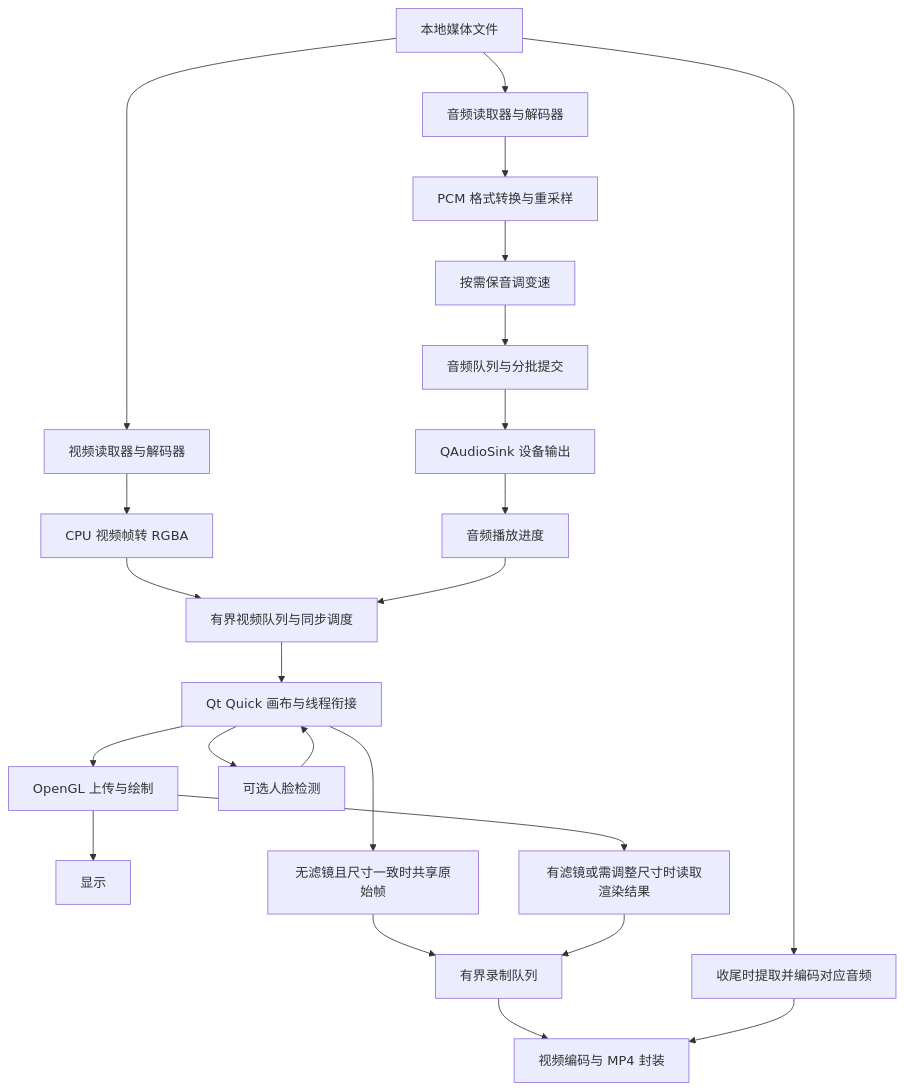
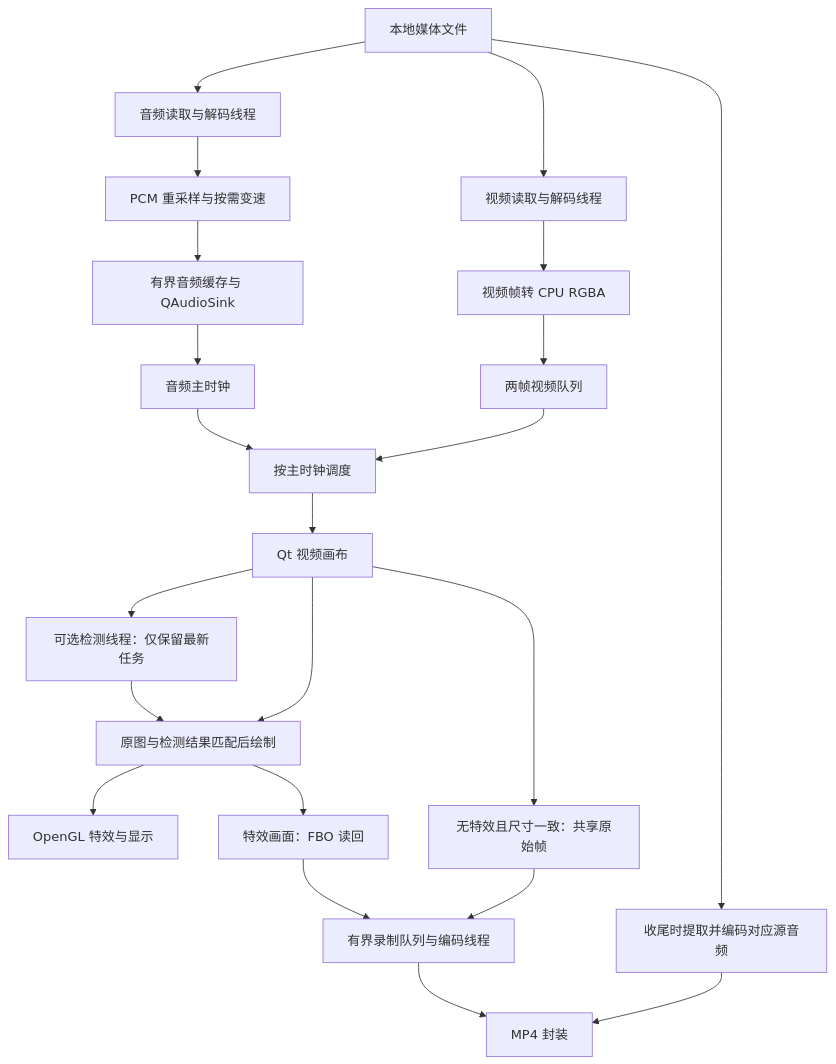
The diagram in README.md (Mikiya777/AiPlayer), drawn with Mermaid before and after one commit. The commit also changed other lines of this file, not shown here.

Commit message:
docs: reorganize README around features, architecture and measured results

````diff
--- a/README.md
+++ b/README.md
@@ -27,25 +26,24 @@
 ```mermaid
 flowchart TD
-    Source[本地媒体文件] --> AudioReader[音频读取器与解码器]
-    Source --> VideoReader[视频读取器与解码器]
-    AudioReader --> AudioPipeline[PCM 格式转换与重采样]
-    AudioPipeline --> Tempo[按需保音调变速]
-    Tempo --> AudioRenderer[音频队列与分批提交]
-    AudioRenderer --> Sink[QAudioSink 设备输出]
-    Sink --> Clock[音频播放进度]
-    VideoReader --> VideoPipeline[CPU 视频帧转 RGBA]
-    VideoPipeline --> Sync[有界视频队列与同步调度]
+    Source[本地媒体文件] --> AR[音频读取与解码线程]
+    Source --> VR[视频读取与解码线程]
+    AR --> PCM[PCM 重采样与按需变速]
+    PCM --> Audio[有界音频缓存与 QAudioSink]
+    Audio --> Clock[音频主时钟]
+    VR --> RGBA[视频帧转 CPU RGBA]
+    RGBA --> Queue[两帧视频队列]
+    Queue --> Sync[按主时钟调度]
     Clock --> Sync
-    Sync --> VideoItem[Qt Quick 画布与线程衔接]
-    VideoItem --> Renderer[OpenGL 上传与绘制]
-    Renderer --> Screen[显示]
-    VideoItem --> Detection[可选人脸检测]
-    Detection --> VideoItem
-    VideoItem --> RawCapture[无滤镜且尺寸一致时共享原始帧]
-    Renderer --> EffectCapture[有滤镜或需调整尺寸时读取渲染结果]
-    RawCapture --> Writer[有界录制队列]
-    EffectCapture --> Writer
-    Writer --> Encoder[视频编码与 MP4 封装]
-    Source --> AudioExport[收尾时提取并编码对应音频]
-    AudioExport --> Encoder
+    Sync --> Item[Qt 视频画布]
+    Item --> Face[可选检测线程：仅保留最新任务]
+    Face --> GL[原图与检测结果匹配后绘制]
+    Item --> GL
+    GL --> Screen[OpenGL 特效与显示]
+    Item --> Raw[无特效且尺寸一致：共享原始帧]
+    GL --> FBO[特效画面：FBO 读回]
+    Raw --> Writer[有界录制队列与编码线程]
+    FBO --> Writer
+    Source --> AudioExport[收尾时提取并编码对应源音频]
+    Writer --> MP4[MP4 封装]
+    AudioExport --> MP4
 ```
````
